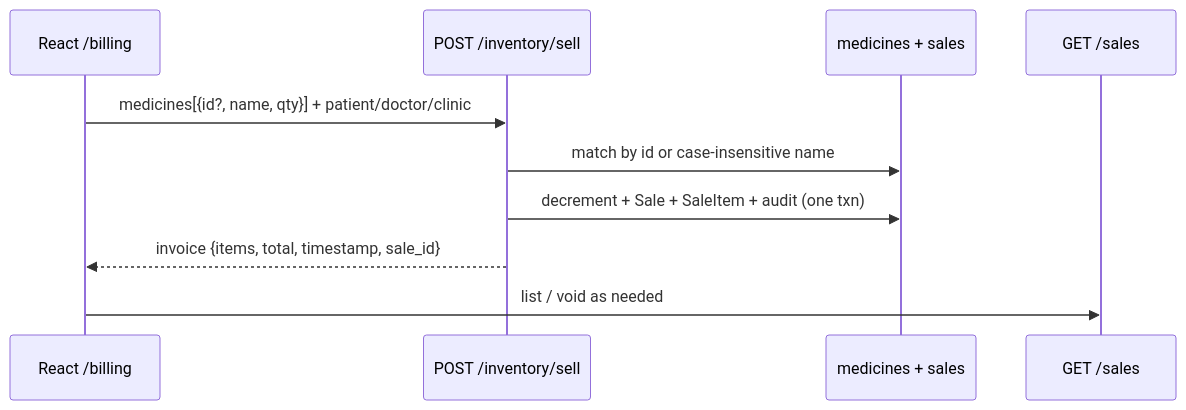
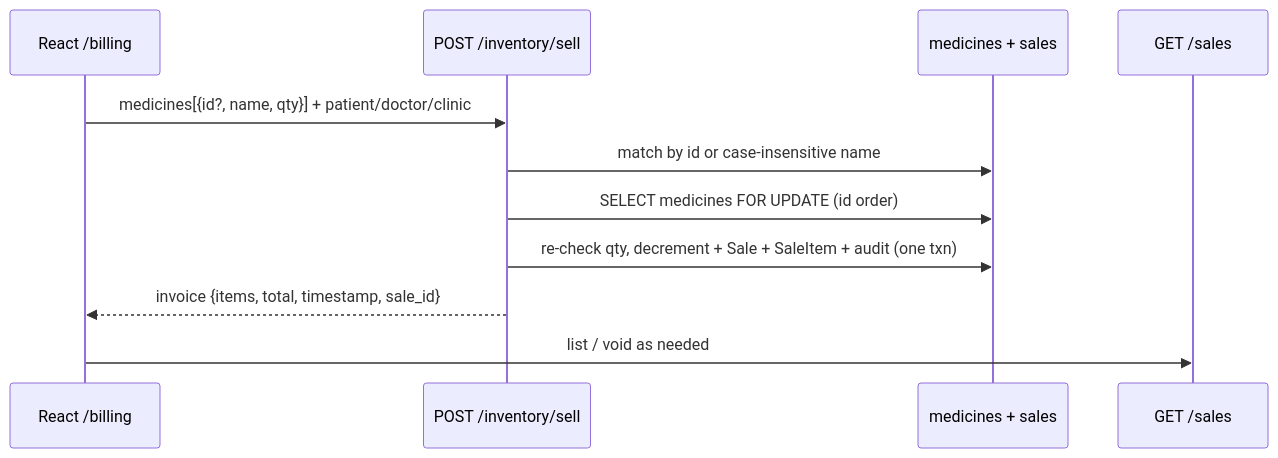
One commit to HridayPatney/Pharmacy-Management-System changed the fourth of 7 diagrams in docs/architecture.md. Above: the diagram before and after it, drawn with Mermaid. The commit also changed other lines of this file and 6 other files, not shown here.

````diff
--- a/docs/architecture.md
+++ b/docs/architecture.md
@@ -159,13 +167,14 @@
 ```mermaid
 sequenceDiagram
   participant UI as React /billing
   participant Sell as POST /inventory/sell
   participant SQL as medicines + sales
   participant Hist as GET /sales
 
   UI->>Sell: medicines[{id?, name, qty}] + patient/doctor/clinic
   Sell->>SQL: match by id or case-insensitive name
-  Sell->>SQL: decrement + Sale + SaleItem + audit (one txn)
+  Sell->>SQL: SELECT medicines FOR UPDATE (id order)
+  Sell->>SQL: re-check qty, decrement + Sale + SaleItem + audit (one txn)
   Sell-->>UI: invoice {items, total, timestamp, sale_id}
   UI->>Hist: list / void as needed
 ```
````
